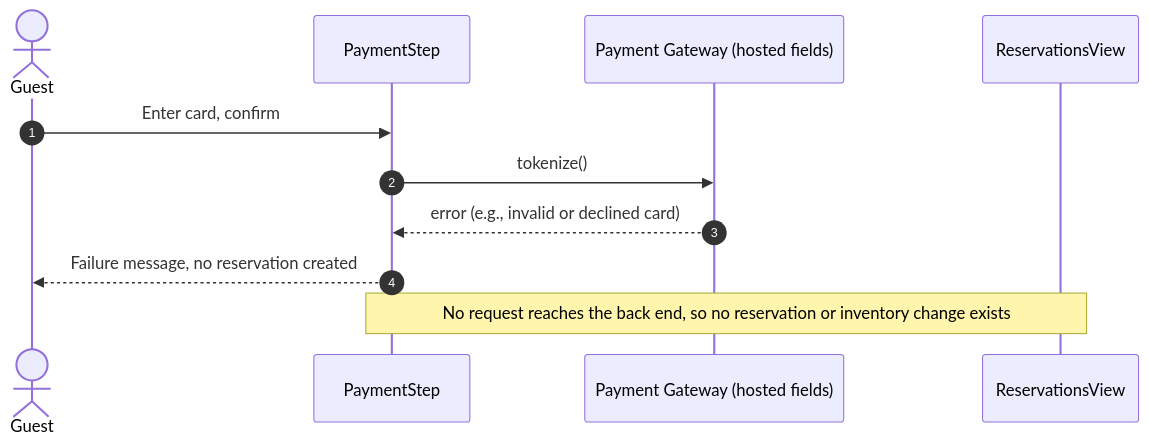
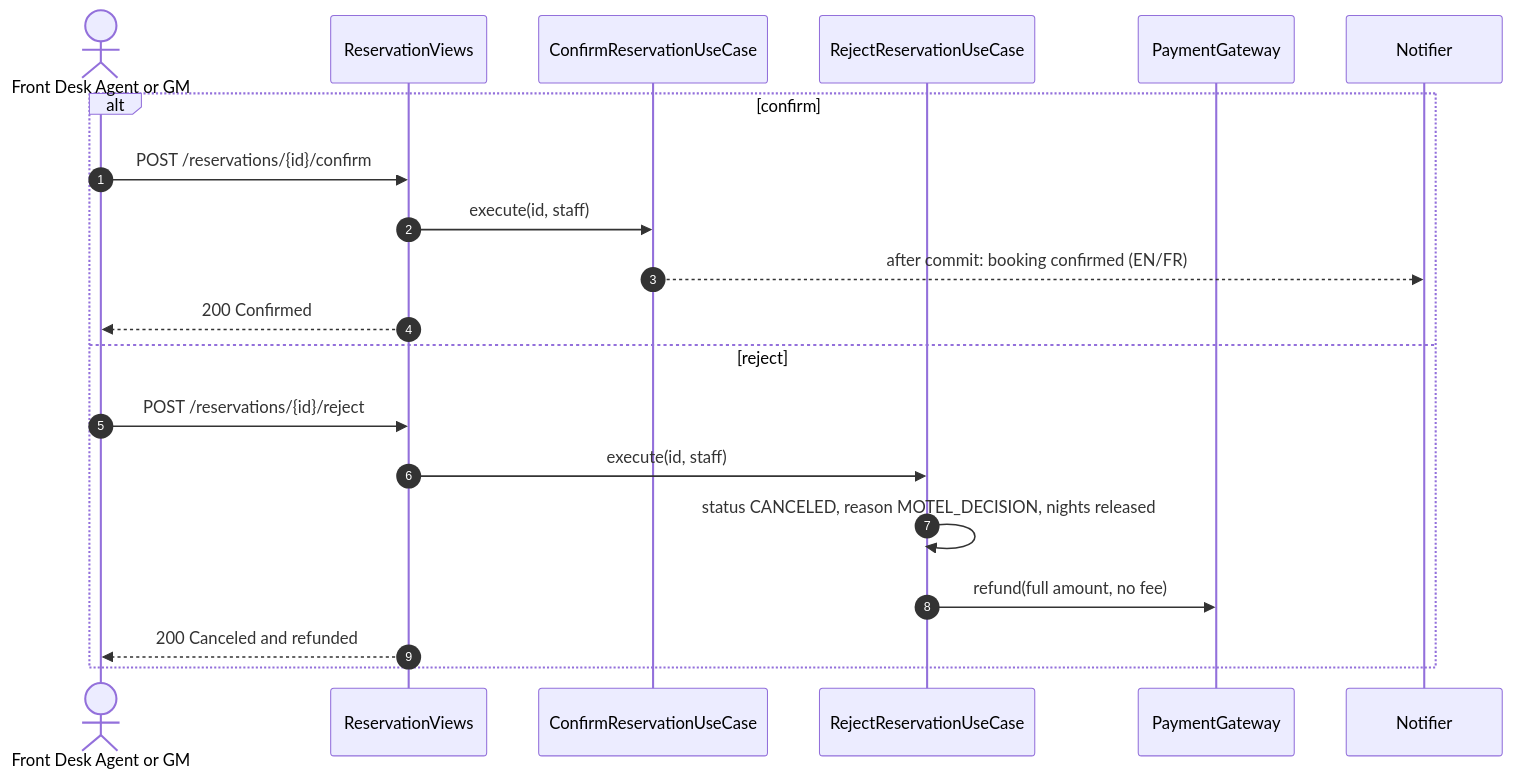
The fourth of 4 diagrams in docs/Initial Requirements/Diagrams/US-06 - Reservation Creation with Secure Card Tokenization.md (BraceroInSabot/Motel-Starmie), drawn with Mermaid before and after one commit. The commit also changed other lines of this file and 51 other files, not shown here.

````diff
--- a/docs/Initial Requirements/Diagrams/US-06 - Reservation Creation with Secure Card Tokenization.md
+++ b/docs/Initial Requirements/Diagrams/US-06 - Reservation Creation with Secure Card Tokenization.md
@@ -373,14 +305,23 @@
 ```mermaid
 sequenceDiagram
     autonumber
-    actor Guest
-    participant Pay as PaymentStep
-    participant GW as Payment Gateway (hosted fields)
-    participant View as ReservationsView
+    actor FDA as Front Desk Agent or GM
+    participant View as ReservationViews
+    participant Confirm as ConfirmReservationUseCase
+    participant Reject as RejectReservationUseCase
+    participant Pay as PaymentGateway
+    participant Mail as Notifier
 
-    Guest->>Pay: Enter card, confirm
-    Pay->>GW: tokenize()
-    GW-->>Pay: error (e.g., invalid or declined card)
-    Pay-->>Guest: Failure message, no reservation created
-    Note over Pay,View: No request reaches the back end, so no reservation or inventory change exists
+    alt confirm
+        FDA->>View: POST /reservations/{id}/confirm
+        View->>Confirm: execute(id, staff)
+        Confirm-->>Mail: after commit: booking confirmed (EN/FR)
+        View-->>FDA: 200 Confirmed
+    else reject
+        FDA->>View: POST /reservations/{id}/reject
+        View->>Reject: execute(id, staff)
+        Reject->>Reject: status CANCELED, reason MOTEL_DECISION, nights released
+        Reject->>Pay: refund(full amount, no fee)
+        View-->>FDA: 200 Canceled and refunded
+    end
 ```
````
